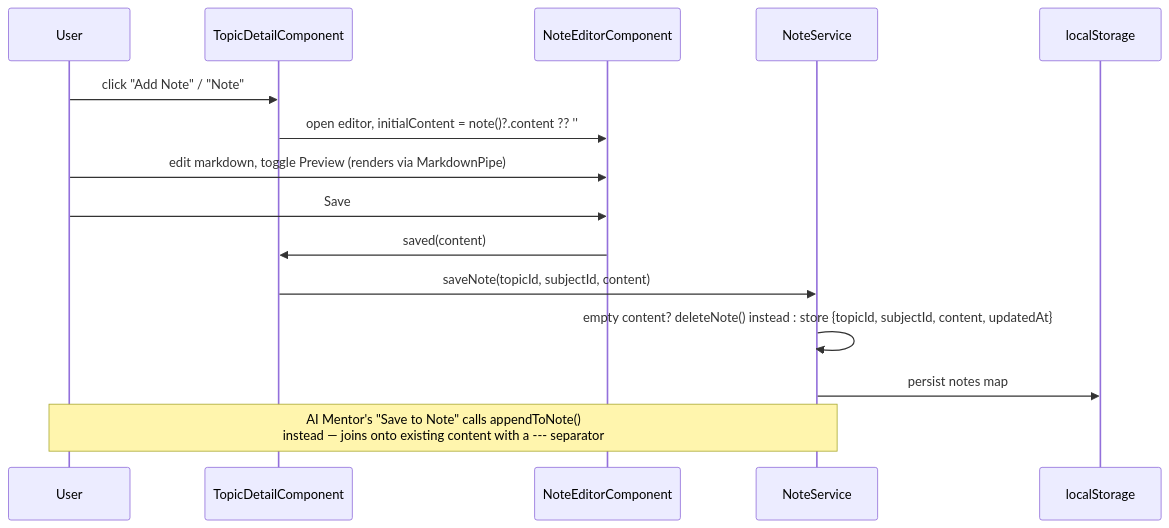
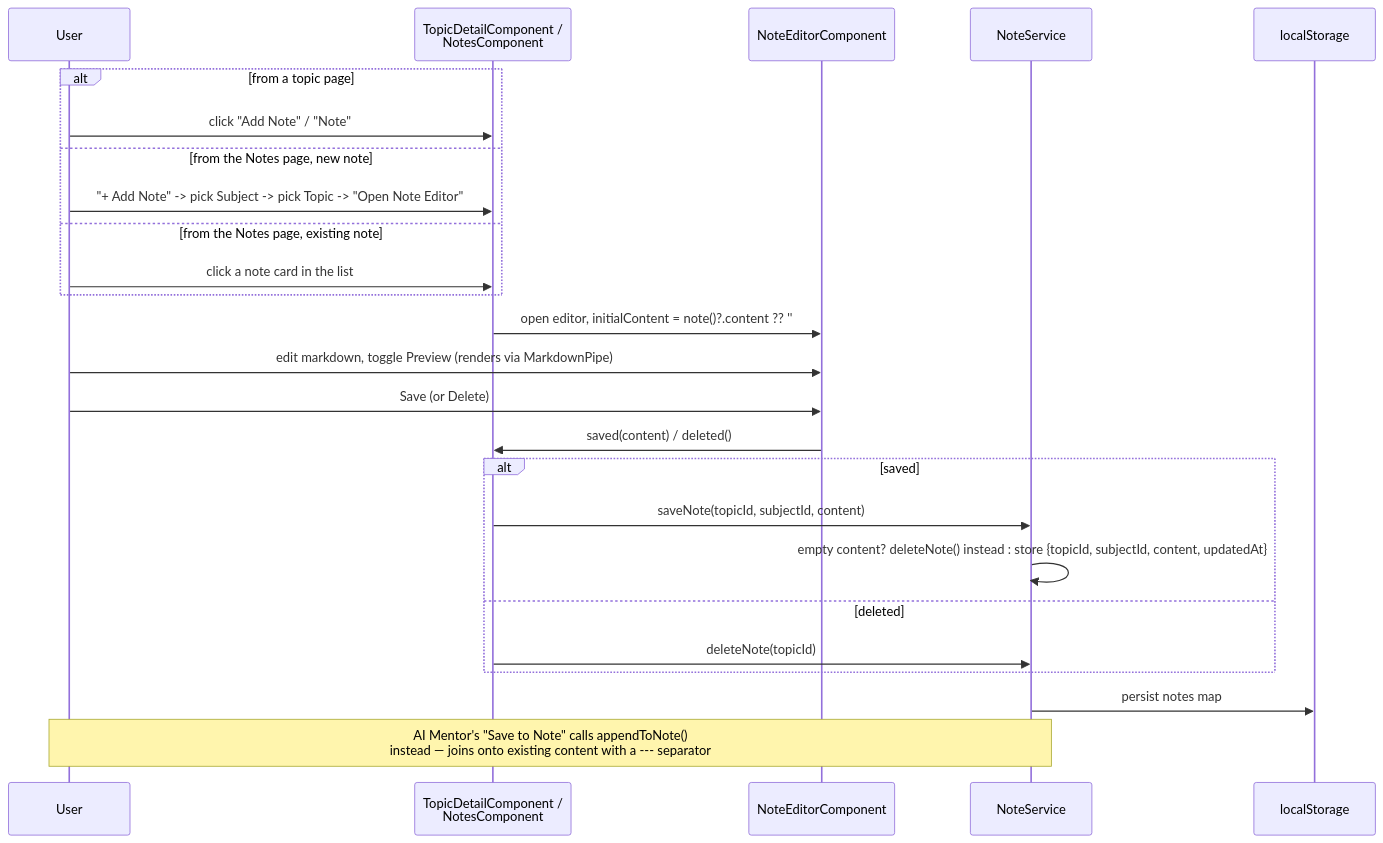
One commit to RoshanMali1205/skill-hunter changed diagram 12 of 21 in docs/LLD.md. Above: the diagram before and after it, drawn with Mermaid. The commit also changed other lines of this file and 2 other files, not shown here.

Commit message:
Bump app version to 1.2, update docs for Notes redesign and Analytics
README and LLD now document the Notes page's Add-Note picker and
click-to-edit flow, and Google Analytics as a second documented
exception to "nothing leaves the browser". LLD also gets a security
note on keeping real secrets in .env (git-ignored) rather than
.env.example (committed template).

````diff
--- a/docs/LLD.md
+++ b/docs/LLD.md
@@ -635,18 +636,28 @@
 ```mermaid
 sequenceDiagram
     participant U as User
-    participant T as TopicDetailComponent
+    participant T as TopicDetailComponent /<br/>NotesComponent
     participant E as NoteEditorComponent
     participant N as NoteService
     participant L as localStorage
 
-    U->>T: click "Add Note" / "Note"
+    alt from a topic page
+        U->>T: click "Add Note" / "Note"
+    else from the Notes page, new note
+        U->>T: "+ Add Note" -> pick Subject -> pick Topic -> "Open Note Editor"
+    else from the Notes page, existing note
+        U->>T: click a note card in the list
+    end
     T->>E: open editor, initialContent = note()?.content ?? ''
     U->>E: edit markdown, toggle Preview (renders via MarkdownPipe)
-    U->>E: Save
-    E->>T: saved(content)
-    T->>N: saveNote(topicId, subjectId, content)
-    N->>N: empty content? deleteNote() instead : store {topicId, subjectId, content, updatedAt}
+    U->>E: Save (or Delete)
+    E->>T: saved(content) / deleted()
+    alt saved
+        T->>N: saveNote(topicId, subjectId, content)
+        N->>N: empty content? deleteNote() instead : store {topicId, subjectId, content, updatedAt}
+    else deleted
+        T->>N: deleteNote(topicId)
+    end
     N->>L: persist notes map
     Note over U,N: AI Mentor's "Save to Note" calls appendToNote()<br/>instead — joins onto existing content with a --- separator
 ```
````
